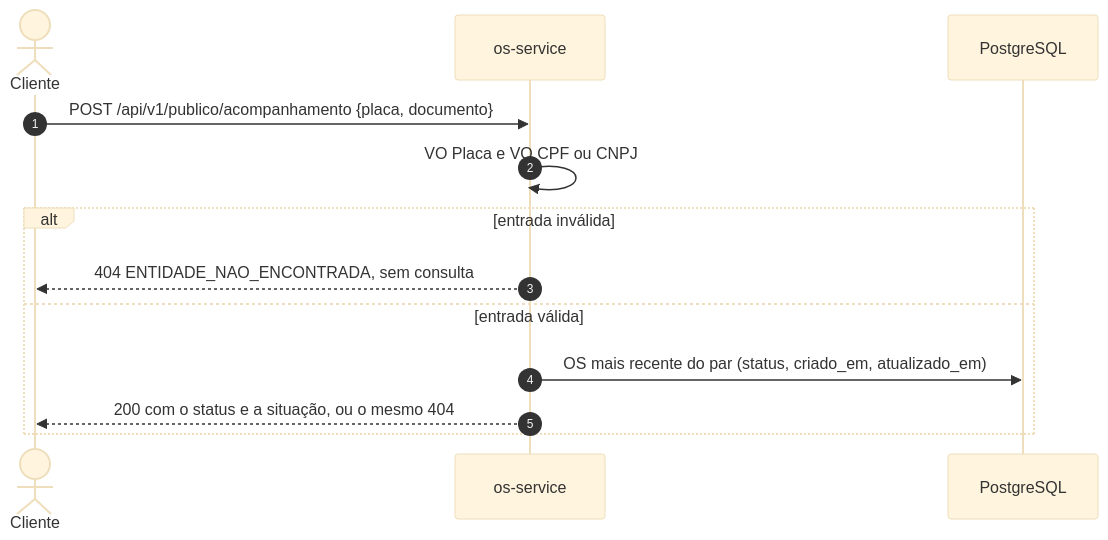
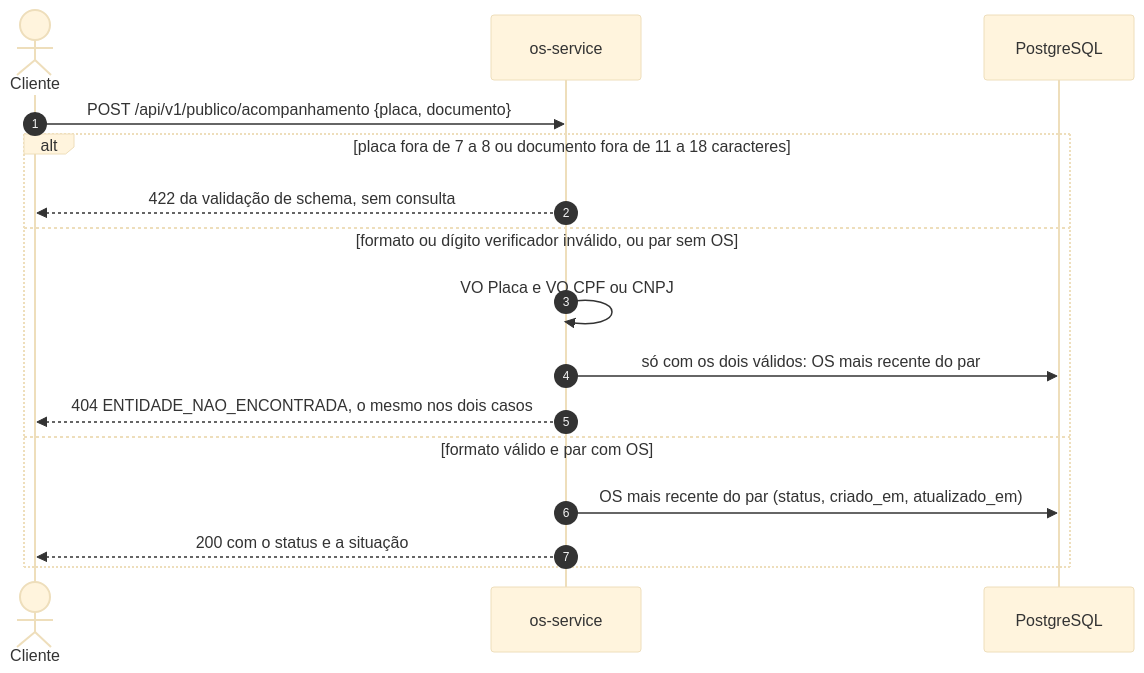
One commit to fiap-postech-sw-architecture/postech-sw-arch-p4-os-service changed diagram 14 of 16 in docs/arquitetura.md. Above: the diagram before and after it, drawn with Mermaid (base theme). The commit also changed other lines of this file and 1 other file, not shown here.

Commit message:
docs: acompanhamento publico com o 422 do schema e o 404 em tres ramos
"Entrada invalida da o mesmo 404" so vale dentro dos tamanhos do
AcompanhamentoRequest (placa 7 a 8, documento 11 a 18 caracteres): fora
deles o schema responde 422 antes do VO. O diagrama separa o 422, o 404
(formato invalido ou par sem OS) e o 200.

````diff
--- a/docs/arquitetura.md
+++ b/docs/arquitetura.md
@@ -722,15 +723,18 @@
 ```mermaid
 sequenceDiagram
     autonumber
     actor CL as Cliente
     participant OS as os-service
     participant DB as PostgreSQL
     CL->>OS: POST /api/v1/publico/acompanhamento {placa, documento}
-    OS->>OS: VO Placa e VO CPF ou CNPJ
-    alt entrada inválida
-        OS-->>CL: 404 ENTIDADE_NAO_ENCONTRADA, sem consulta
-    else entrada válida
+    alt placa fora de 7 a 8 ou documento fora de 11 a 18 caracteres
+        OS-->>CL: 422 da validação de schema, sem consulta
+    else formato ou dígito verificador inválido, ou par sem OS
+        OS->>OS: VO Placa e VO CPF ou CNPJ
+        OS->>DB: só com os dois válidos: OS mais recente do par
+        OS-->>CL: 404 ENTIDADE_NAO_ENCONTRADA, o mesmo nos dois casos
+    else formato válido e par com OS
         OS->>DB: OS mais recente do par (status, criado_em, atualizado_em)
-        OS-->>CL: 200 com o status e a situação, ou o mesmo 404
+        OS-->>CL: 200 com o status e a situação
     end
 ```
````
